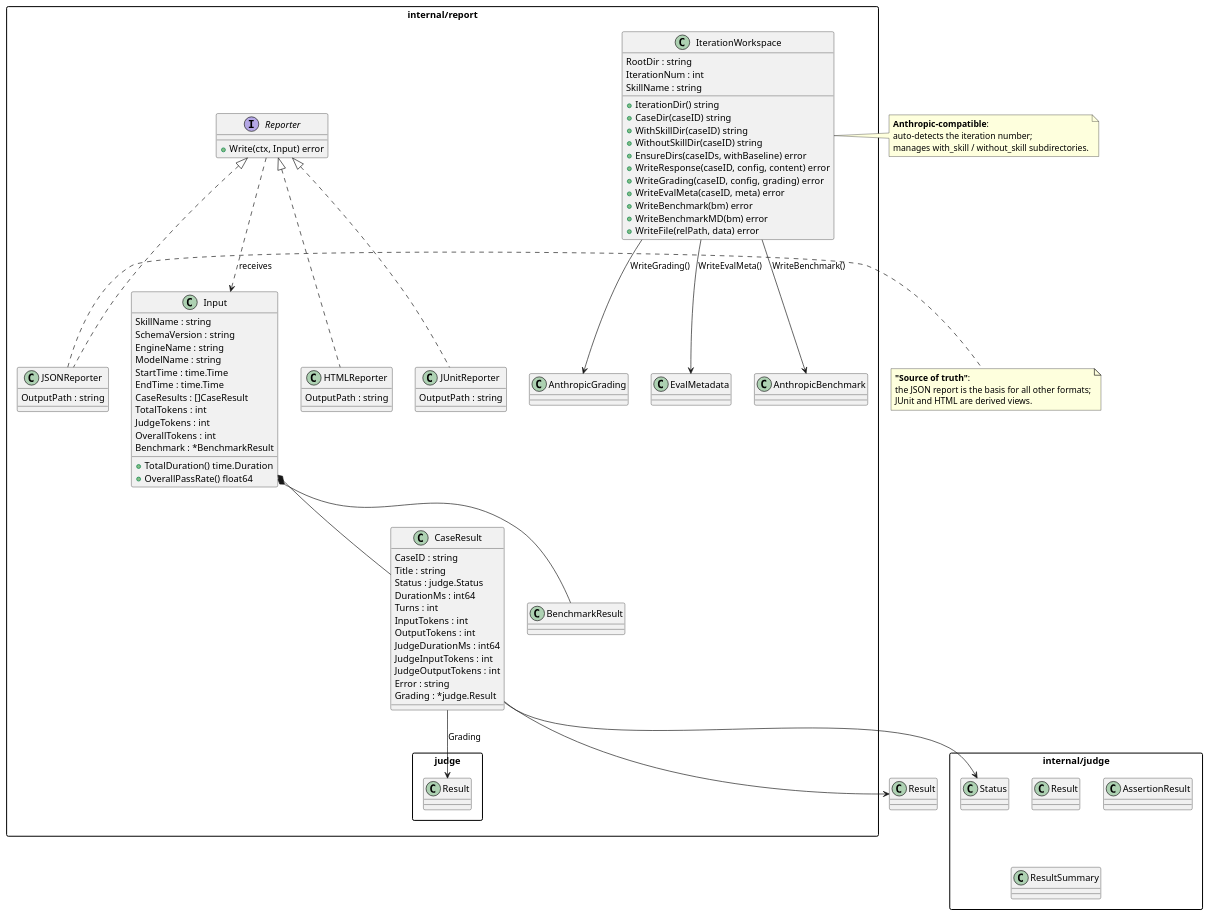
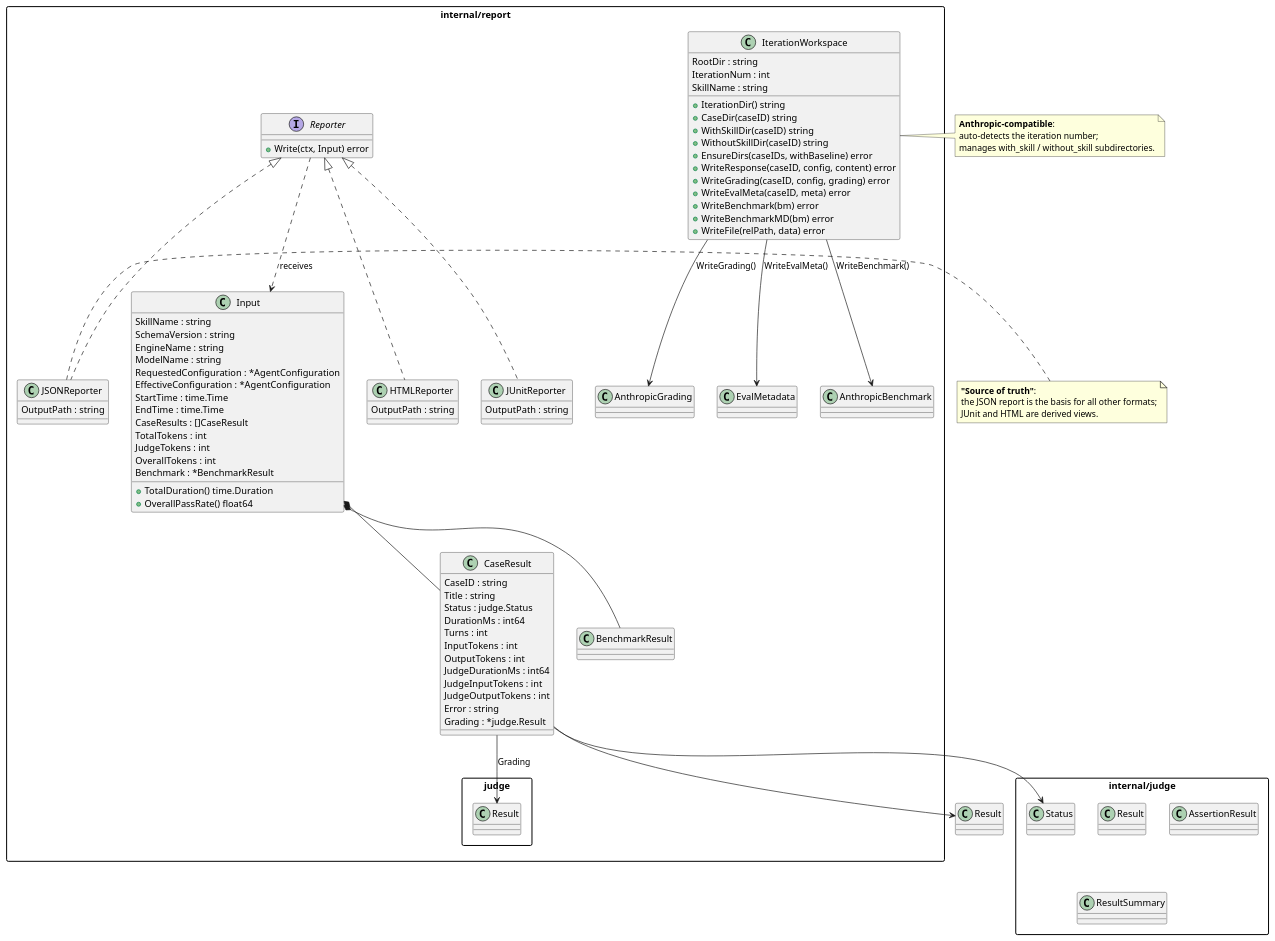
One commit to alibaba/skill-up changed the diagram in internal/report/README.md. Above: the diagram before and after it, drawn with PlantUML. The commit also changed 31 other files, not shown here.

```diff
--- a/internal/report/README.md
+++ b/internal/report/README.md
@@ -63,6 +63,8 @@
     SchemaVersion : string
     EngineName : string
     ModelName : string
+    RequestedConfiguration : *AgentConfiguration
+    EffectiveConfiguration : *AgentConfiguration
     StartTime : time.Time
     EndTime : time.Time
     CaseResults : []CaseResult
```
